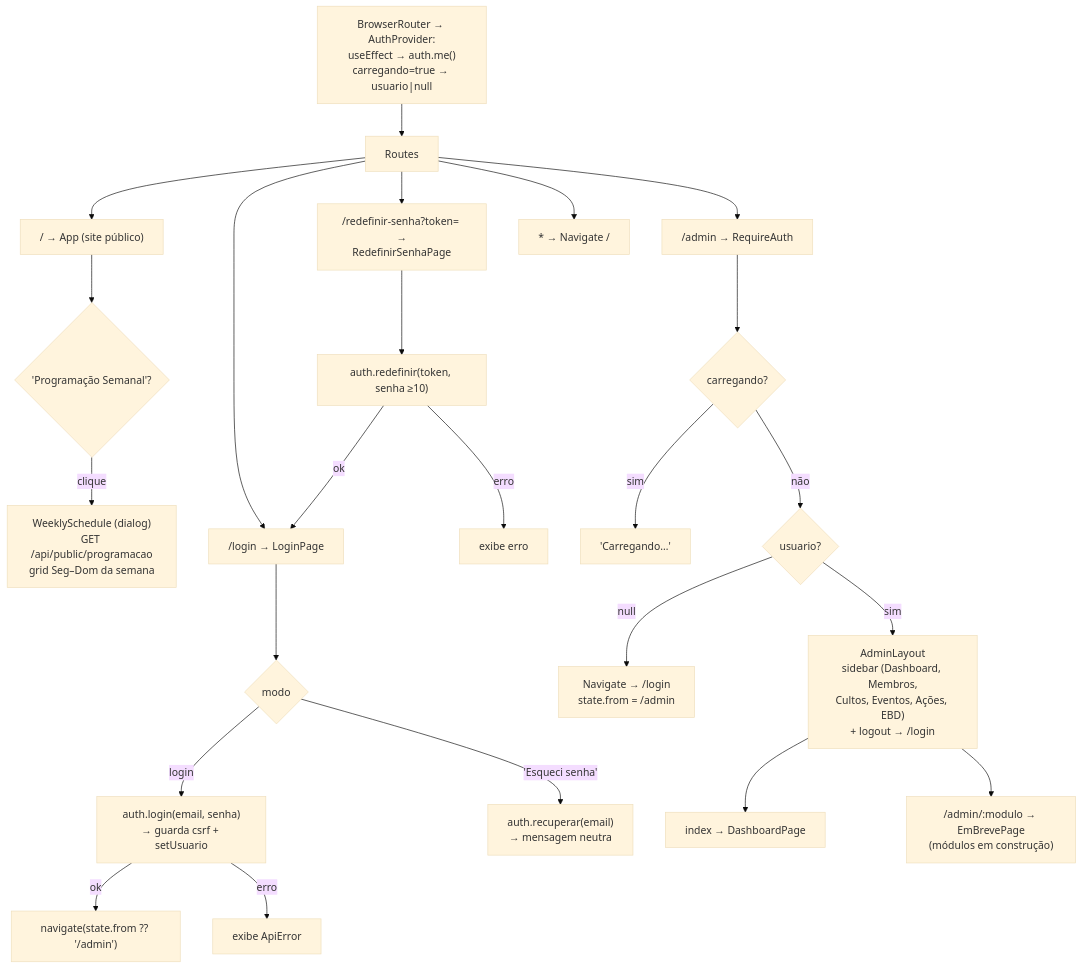
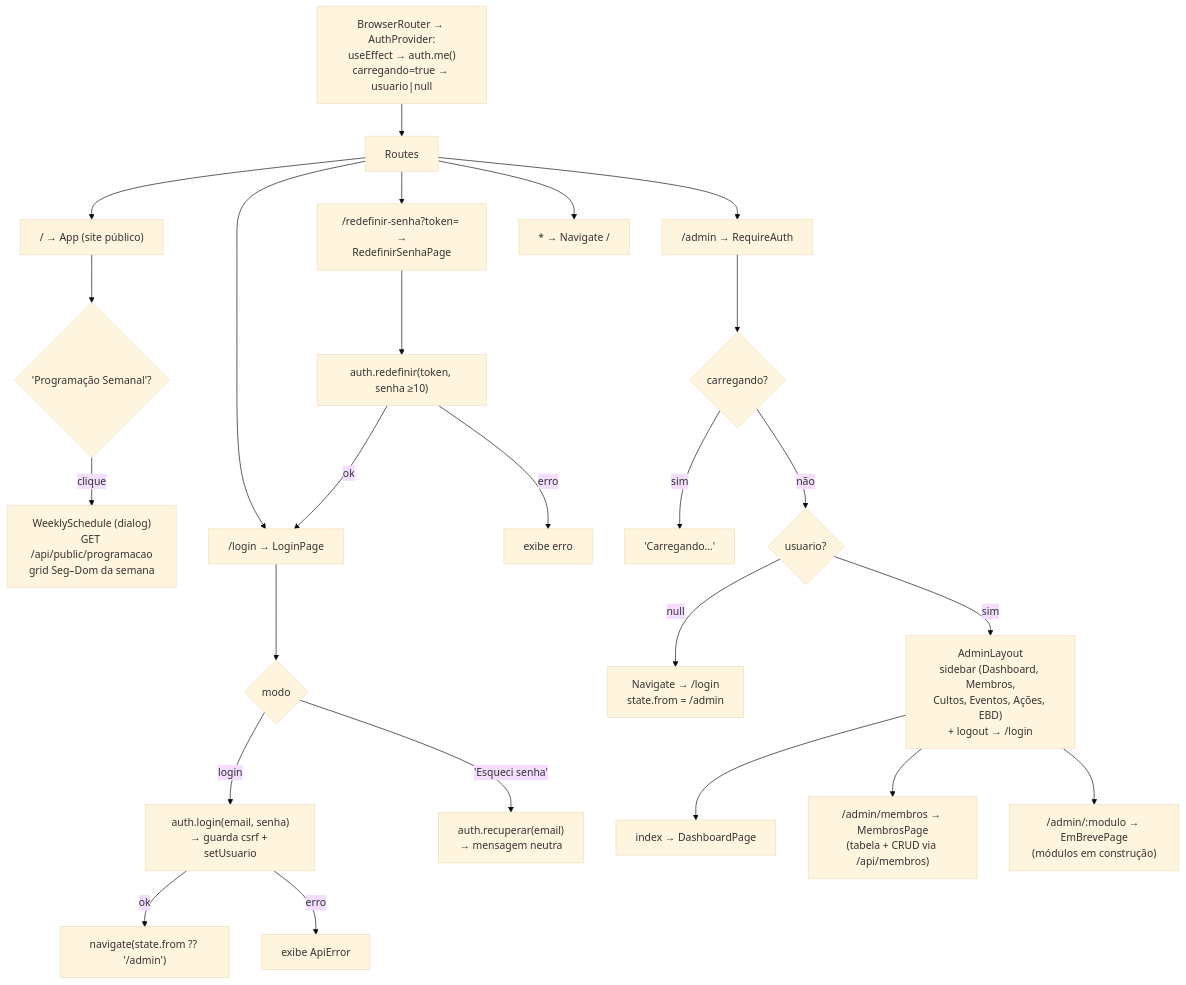
The diagram in dev/docs/diagramas/navegacao-app.mmd (adab-218/siteadab), drawn with Mermaid (base theme) before and after one commit. The commit also changed 13 other files, not shown here.

First line of the commit message:
feat: M1 Membros — CRUD core + escopo D5 + desvinculação D1 + UI

```diff
--- a/dev/docs/diagramas/navegacao-app.mmd
+++ b/dev/docs/diagramas/navegacao-app.mmd
@@ -1,32 +1,33 @@
 %% Navegação e guards do frontend — revisado em 2026-10-21
 %% Fonte: src/main.tsx, src/routes/RequireAuth.tsx,
 %%        src/lib/auth-context.tsx, src/App.tsx
 flowchart TD
     BOOT["BrowserRouter → AuthProvider:<br/>useEffect → auth.me()<br/>carregando=true → usuario|null"] --> RT["Routes"]
 
     RT --> HOME["/ → App (site público)"]
     HOME --> SCHED{"'Programação Semanal'?"}
     SCHED -- clique --> WS["WeeklySchedule (dialog)<br/>GET /api/public/programacao<br/>grid Seg–Dom da semana"]
 
     RT --> LOGIN["/login → LoginPage"]
     LOGIN --> LFORM{"modo"}
     LFORM -- login --> LPOST["auth.login(email, senha)<br/>→ guarda csrf + setUsuario"]
     LPOST -- ok --> NAV["navigate(state.from ?? '/admin')"]
     LPOST -- erro --> LERR["exibe ApiError"]
     LFORM -- 'Esqueci senha' --> REC["auth.recuperar(email)<br/>→ mensagem neutra"]
 
     RT --> RESET["/redefinir-senha?token= →<br/>RedefinirSenhaPage"]
     RESET --> RS["auth.redefinir(token, senha ≥10)"]
     RS -- ok --> LOGIN
     RS -- erro --> RERR["exibe erro"]
 
     RT --> ADMIN["/admin → RequireAuth"]
     ADMIN --> GUARD{"carregando?"}
     GUARD -- sim --> SPIN["'Carregando…'"]
     GUARD -- não --> HAS{"usuario?"}
     HAS -- null --> REDIR["Navigate → /login<br/>state.from = /admin"]
     HAS -- sim --> LAYOUT["AdminLayout<br/>sidebar (Dashboard, Membros,<br/>Cultos, Eventos, Ações, EBD)<br/>+ logout → /login"]
     LAYOUT --> IDX["index → DashboardPage"]
+    LAYOUT --> MB["/admin/membros → MembrosPage<br/>(tabela + CRUD via /api/membros)"]
     LAYOUT --> MOD["/admin/:modulo → EmBrevePage<br/>(módulos em construção)"]
 
     RT --> FALL["* → Navigate /"]
```
